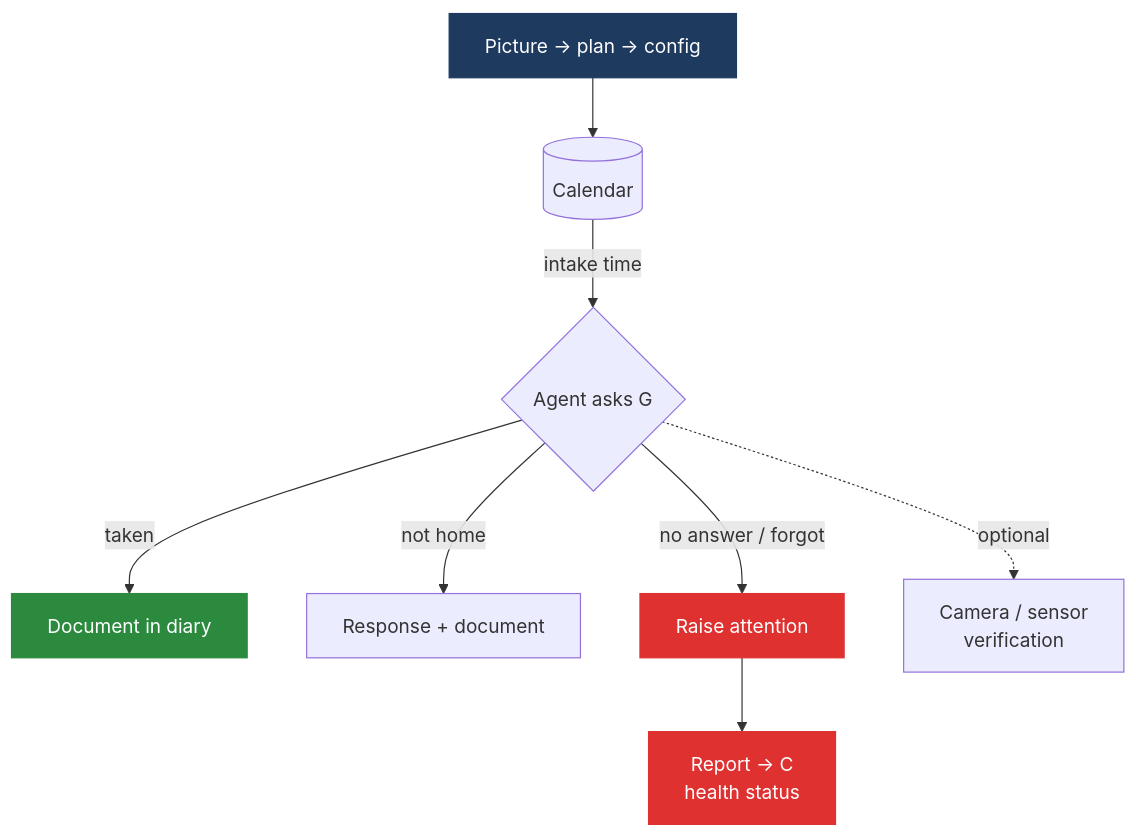
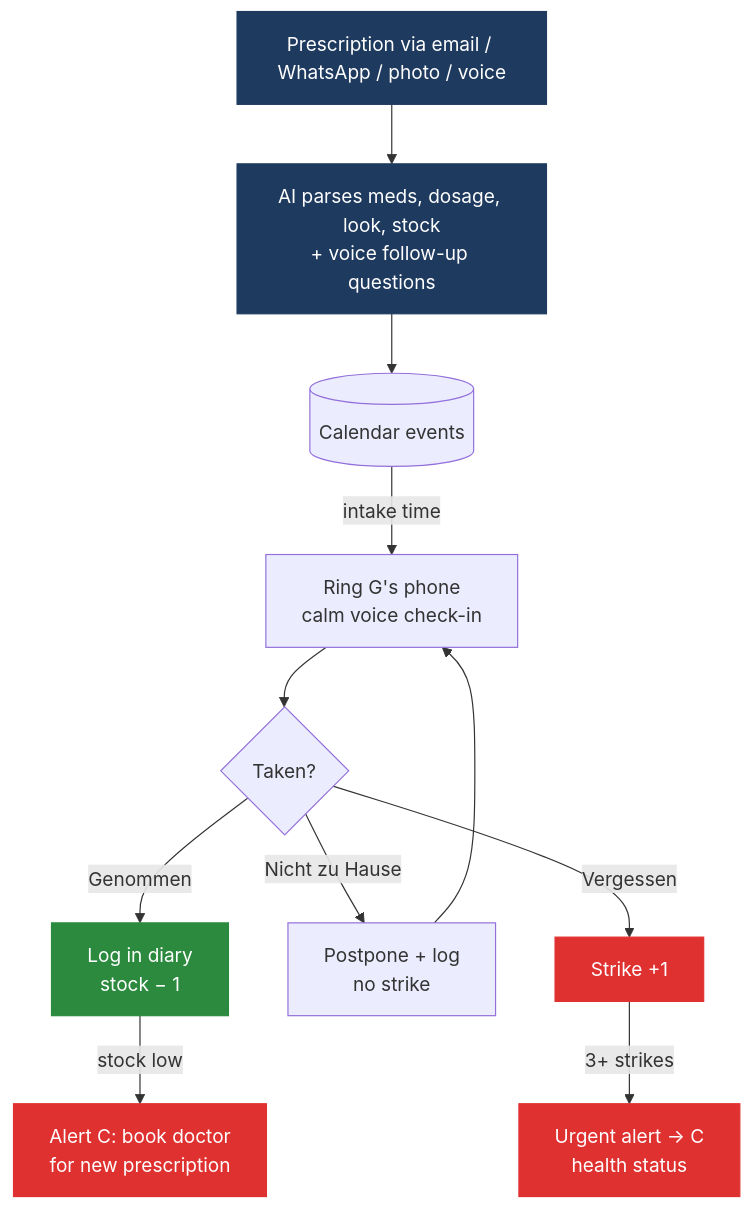
Before and after one commit to David3Ar/claudia-caretaker-magdehack: the second of 2 diagrams in docs/features/02-pill-checker.md, drawn with Mermaid. The commit also changed other lines of this file, not shown here.

Commit message:
docs(pill-checker): refine scope with 3-option check, strikes, low-stock and camera ID

````diff
--- a/docs/features/02-pill-checker.md
+++ b/docs/features/02-pill-checker.md
@@ -43,14 +52,17 @@
 ```mermaid
 flowchart TD
-    P["Picture → plan → config"]:::setup --> CAL[(Calendar)]
-    CAL -->|intake time| ASK{Agent asks G}
-    ASK -->|taken| DOC["Document in diary"]:::ok
-    ASK -->|not home| NH["Response + document"]
-    ASK -->|no answer / forgot| RA["Raise attention"]:::alert
-    RA --> REP["Report → C<br/>health status"]:::alert
-    ASK -.->|optional| CAM["Camera / sensor<br/>verification"]
+    IN["Prescription via email / WhatsApp / photo / voice"]:::setup --> AI["AI parses meds, dosage, look, stock<br/>+ voice follow-up questions"]:::setup
+    AI --> CAL[(Calendar events)]
+    CAL -->|intake time| RING["Ring G's phone<br/>calm voice check-in"]
+    RING --> ASK{Taken?}
+    ASK -->|Genommen| OK["Log in diary<br/>stock − 1"]:::ok
+    ASK -->|Nicht zu Hause| NH["Postpone + log<br/>no strike"]
+    NH --> RING
+    ASK -->|Vergessen| STR["Strike +1"]:::alert
+    STR -->|3+ strikes| ALERT["Urgent alert → C<br/>health status"]:::alert
+    OK -->|stock low| LOW["Alert C: book doctor<br/>for new prescription"]:::alert
 
     classDef setup fill:#1e3a5f,stroke:#1e3a5f,color:#fff
     classDef ok fill:#2b8a3e,stroke:#2b8a3e,color:#fff
     classDef alert fill:#e03131,stroke:#e03131,color:#fff
 ```
````
